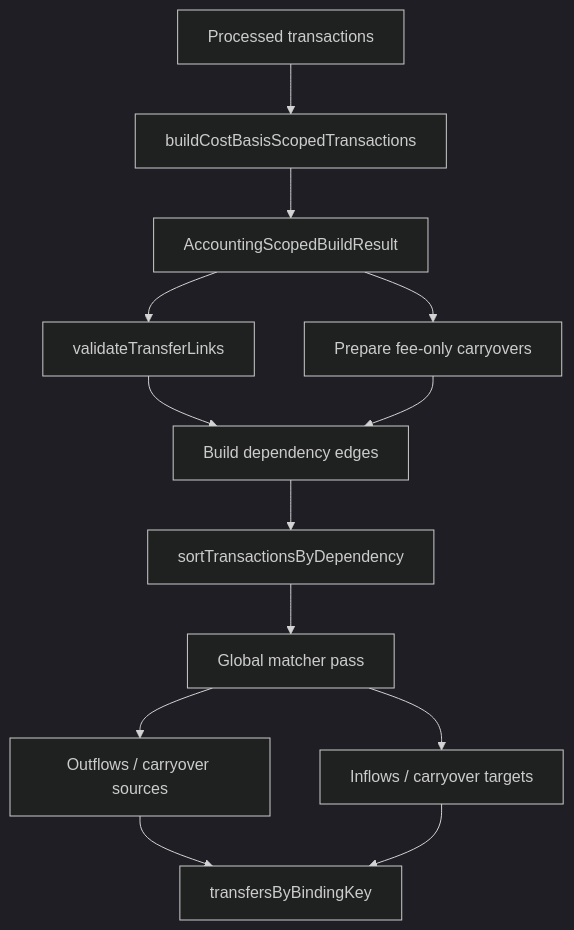
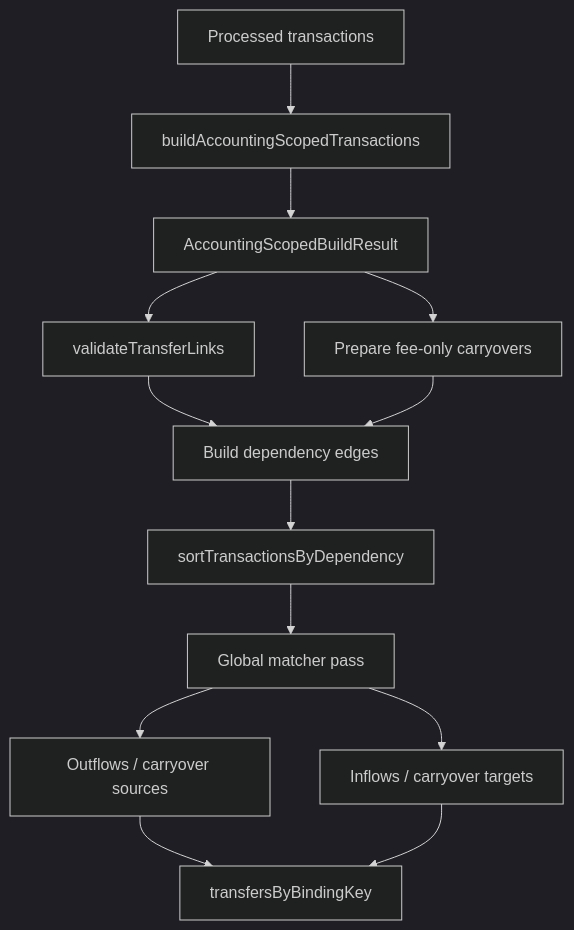
Before and after one commit to jbelanger/exitbook: the diagram in docs/specs/lot-matcher-transaction-dependency-ordering.md, drawn with Mermaid (dark theme). The commit also changed 33 other files, not shown here.

Commit message:
Move scoped accounting build into accounting layer

````diff
--- a/docs/specs/lot-matcher-transaction-dependency-ordering.md
+++ b/docs/specs/lot-matcher-transaction-dependency-ordering.md
@@ -76,15 +76,15 @@
 ```mermaid
 graph TD
-    A["Processed transactions"] --> B["buildCostBasisScopedTransactions"]
+    A["Processed transactions"] --> B["buildAccountingScopedTransactions"]
     B --> C["AccountingScopedBuildResult"]
     C --> D["validateTransferLinks"]
     C --> E["Prepare fee-only carryovers"]
     D --> F["Build dependency edges"]
     E --> F
     F --> G["sortTransactionsByDependency"]
     G --> H["Global matcher pass"]
     H --> I["Outflows / carryover sources"]
     H --> J["Inflows / carryover targets"]
     I --> K["transfersByBindingKey"]
     J --> K
 ```
````
